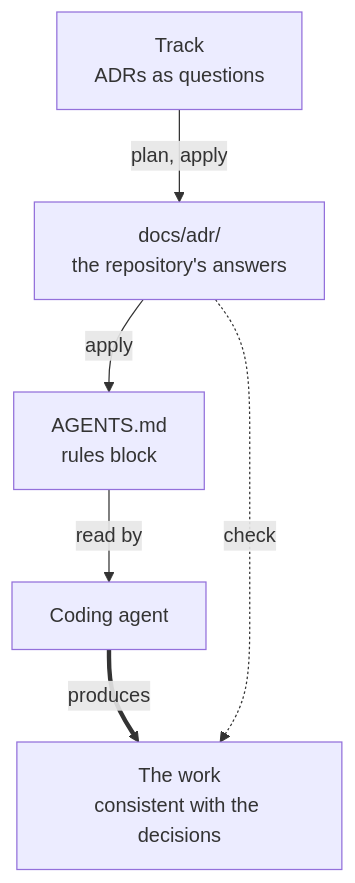
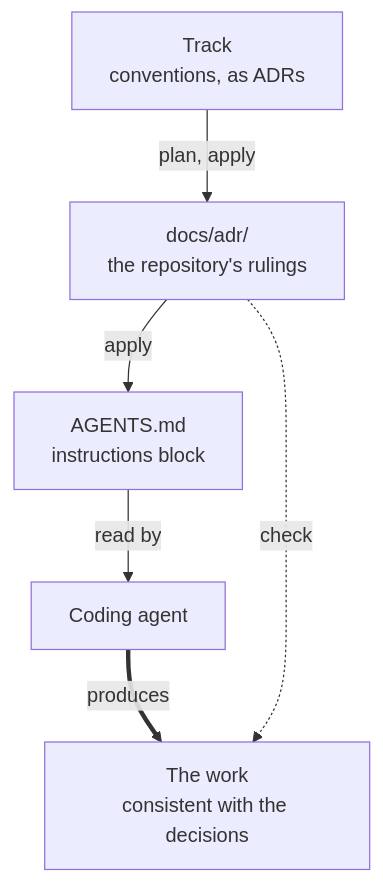
Before and after one commit to trivoallan/ontrack: the first of 3 diagrams in docs/how-it-works.md, drawn with Mermaid. The commit also changed other lines of this file and 83 other files, not shown here.

````diff
--- a/docs/how-it-works.md
+++ b/docs/how-it-works.md
@@ -43,13 +45,13 @@
 ```mermaid
 flowchart TD
-  track["Track<br/>ADRs as questions"]
-  adr["docs/adr/<br/>the repository's answers"]
-  agents["AGENTS.md<br/>rules block"]
+  track["Track<br/>conventions, as ADRs"]
+  adr["docs/adr/<br/>the repository's rulings"]
+  agents["AGENTS.md<br/>instructions block"]
   agent["Coding agent"]
   work["The work<br/>consistent with the decisions"]
   track -->|"plan, apply"| adr
   adr -->|"apply"| agents
   agents -->|"read by"| agent
   agent ==>|"produces"| work
   adr -.->|"check"| work
 ```
````
